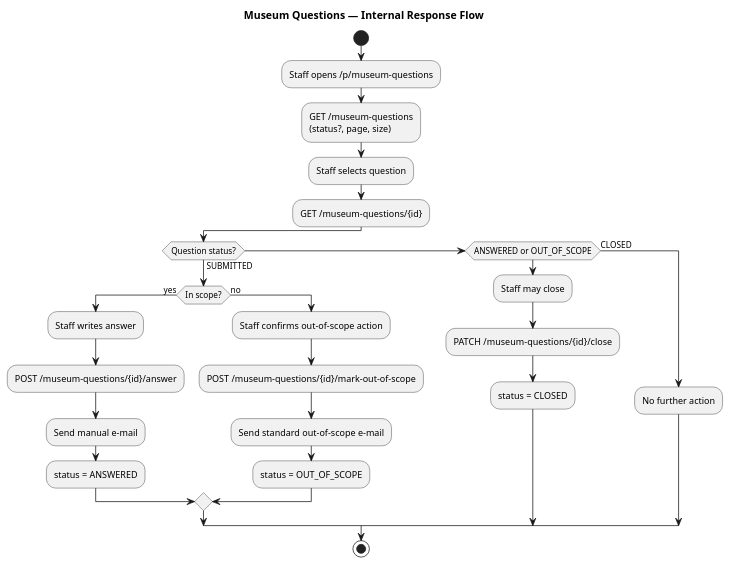
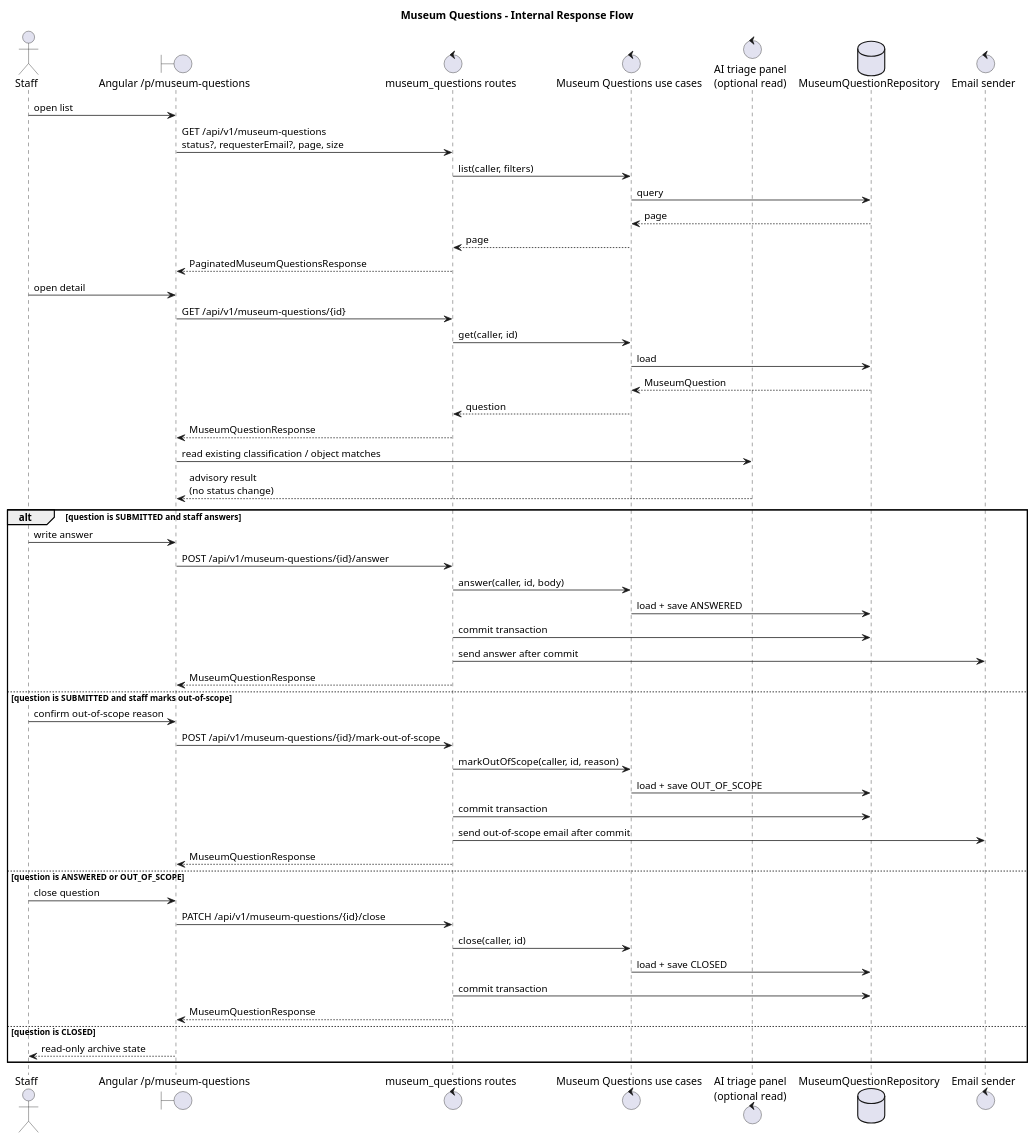
The diagram in docs/diagrams/museum-questions-response-flow.puml (marcosduchinski/vitarerum), drawn with PlantUML before and after one commit. The commit also changed 22 other files, not shown here.

```diff
--- a/docs/diagrams/museum-questions-response-flow.puml
+++ b/docs/diagrams/museum-questions-response-flow.puml
@@ -1,31 +1,60 @@
 @startuml museum-questions-response-flow
-title Museum Questions — Internal Response Flow
+title Museum Questions - Internal Response Flow
 
-start
-:Staff opens /p/museum-questions;
-:GET /museum-questions\n(status?, page, size);
-:Staff selects question;
-:GET /museum-questions/{id};
+skinparam shadowing false
 
-if (Question status?) then (SUBMITTED)
-  if (In scope?) then (yes)
-    :Staff writes answer;
-    :POST /museum-questions/{id}/answer;
-    :Send manual e-mail;
-    :status = ANSWERED;
-  else (no)
-    :Staff confirms out-of-scope action;
-    :POST /museum-questions/{id}/mark-out-of-scope;
-    :Send standard out-of-scope e-mail;
-    :status = OUT_OF_SCOPE;
-  endif
-elseif (ANSWERED or OUT_OF_SCOPE)
-  :Staff may close;
-  :PATCH /museum-questions/{id}/close;
-  :status = CLOSED;
-else (CLOSED)
-  :No further action;
-endif
+actor Staff
+boundary "Angular /p/museum-questions" as UI
+control "museum_questions routes" as Routes
+control "Museum Questions use cases" as UseCases
+control "AI triage panel\n(optional read)" as Triage
+database "MuseumQuestionRepository" as Repo
+control "Email sender" as Email
 
-stop
+Staff -> UI : open list
+UI -> Routes : GET /api/v1/museum-questions\nstatus?, requesterEmail?, page, size
+Routes -> UseCases : list(caller, filters)
+UseCases -> Repo : query
+Repo --> UseCases : page
+UseCases --> Routes : page
+Routes --> UI : PaginatedMuseumQuestionsResponse
+
+Staff -> UI : open detail
+UI -> Routes : GET /api/v1/museum-questions/{id}
+Routes -> UseCases : get(caller, id)
+UseCases -> Repo : load
+Repo --> UseCases : MuseumQuestion
+UseCases --> Routes : question
+Routes --> UI : MuseumQuestionResponse
+
+UI -> Triage : read existing classification / object matches
+Triage --> UI : advisory result\n(no status change)
+
+alt question is SUBMITTED and staff answers
+  Staff -> UI : write answer
+  UI -> Routes : POST /api/v1/museum-questions/{id}/answer
+  Routes -> UseCases : answer(caller, id, body)
+  UseCases -> Repo : load + save ANSWERED
+  Routes -> Repo : commit transaction
+  Routes -> Email : send answer after commit
+  Routes --> UI : MuseumQuestionResponse
+else question is SUBMITTED and staff marks out-of-scope
+  Staff -> UI : confirm out-of-scope reason
+  UI -> Routes : POST /api/v1/museum-questions/{id}/mark-out-of-scope
+  Routes -> UseCases : markOutOfScope(caller, id, reason)
+  UseCases -> Repo : load + save OUT_OF_SCOPE
+  Routes -> Repo : commit transaction
+  Routes -> Email : send out-of-scope email after commit
+  Routes --> UI : MuseumQuestionResponse
+else question is ANSWERED or OUT_OF_SCOPE
+  Staff -> UI : close question
+  UI -> Routes : PATCH /api/v1/museum-questions/{id}/close
+  Routes -> UseCases : close(caller, id)
+  UseCases -> Repo : load + save CLOSED
+  Routes -> Repo : commit transaction
+  Routes --> UI : MuseumQuestionResponse
+else question is CLOSED
+  UI --> Staff : read-only archive state
+end
+
 @enduml
```
